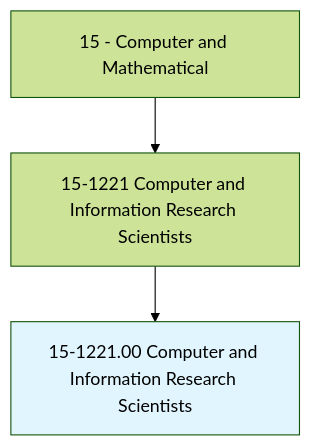
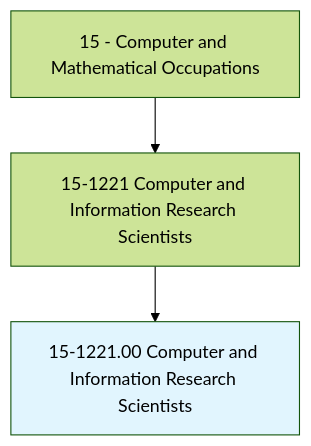
The first of 4 diagrams in occupations/Technology/ComputerAndInformationResearchScientists.mdx (kziemski/business.org.ai), drawn with Mermaid (forest theme) before and after one commit. The commit also changed other lines of this file and 938 other files, not shown here.

````diff
--- a/occupations/Technology/ComputerAndInformationResearchScientists.mdx
+++ b/occupations/Technology/ComputerAndInformationResearchScientists.mdx
@@ -19,6 +23,6 @@
 ```mermaid
 graph TD
-    Cat15["15 - Computer and Mathematical"] --> Group151221["15-1221 Computer and Information Research Scientists"]
+    Cat15["15 - Computer and Mathematical Occupations"] --> Group151221["15-1221 Computer and Information Research Scientists"]
     Group151221 --> Current["15-1221.00 Computer and Information Research Scientists"]
     style Current fill:#e1f5fe
 ```
````
